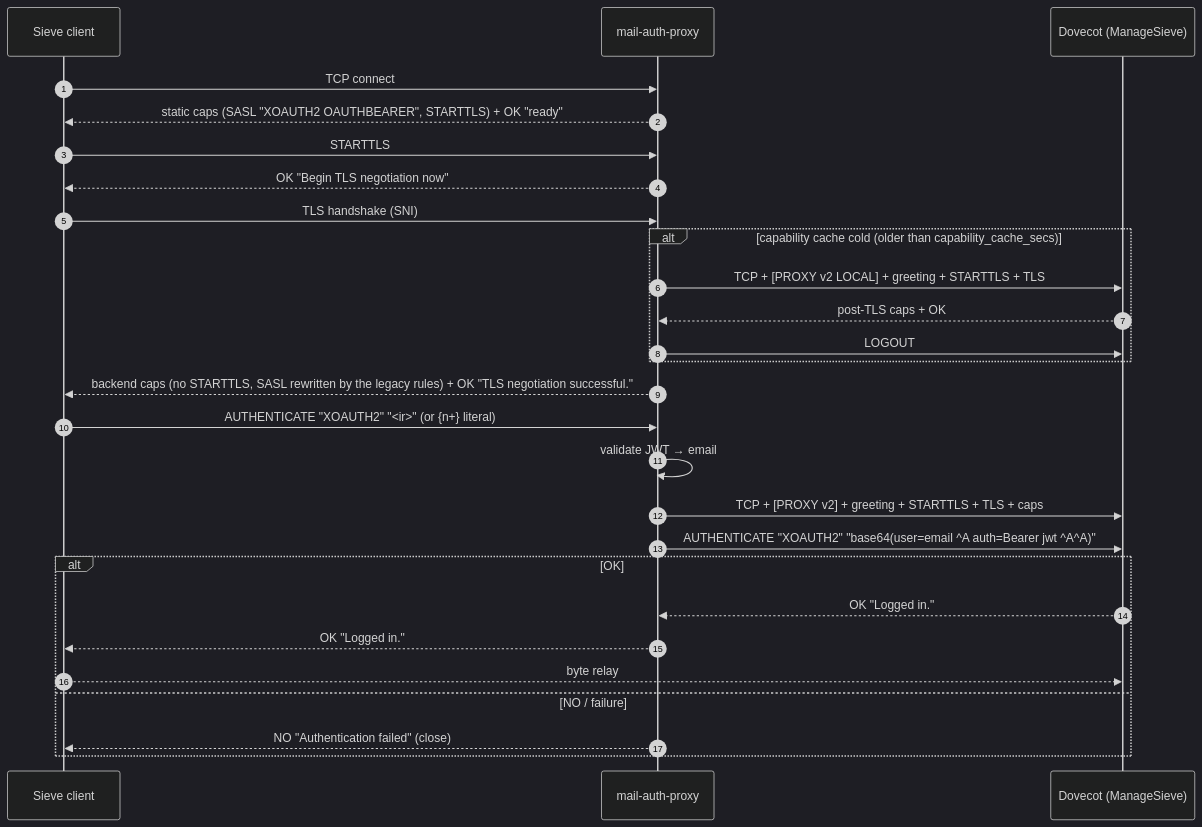
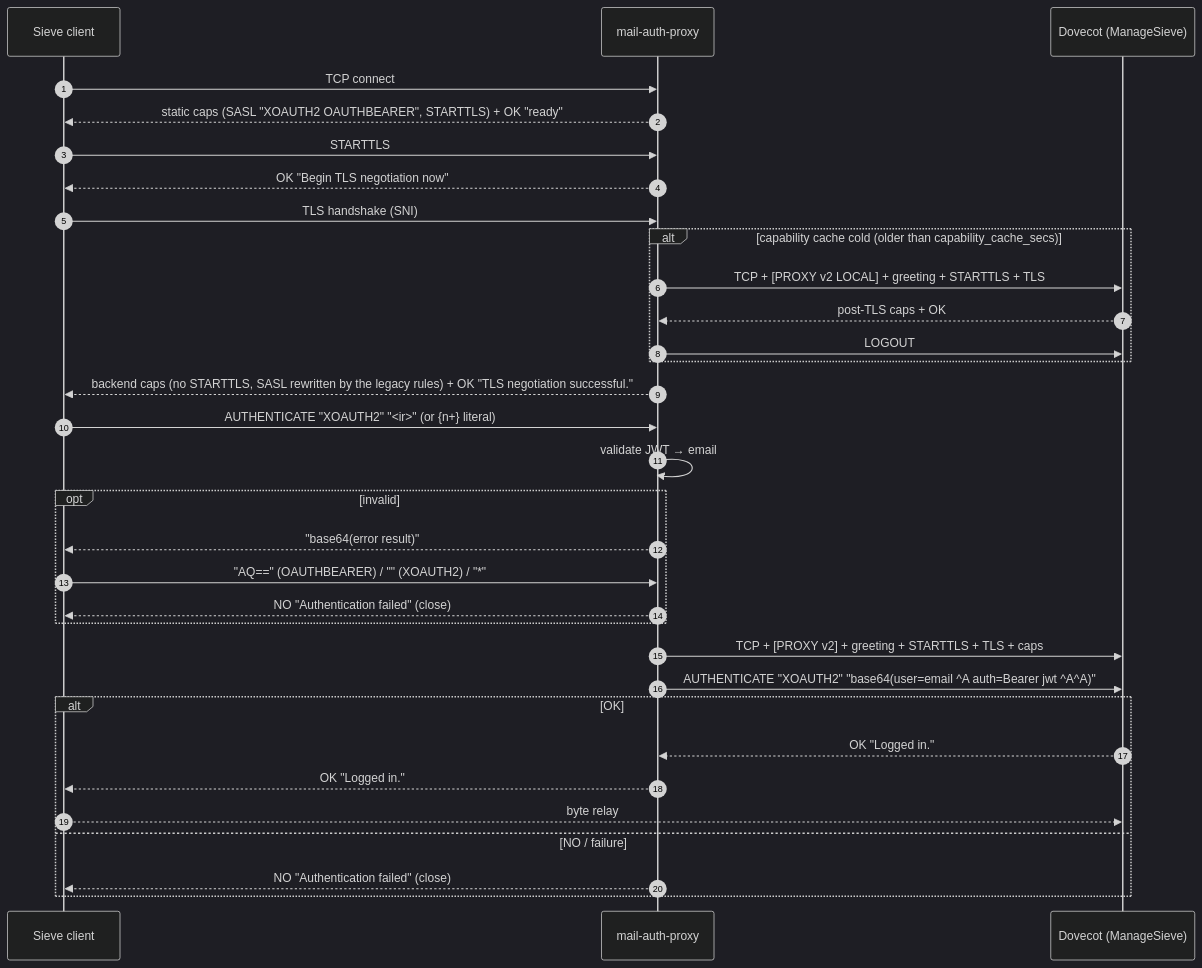
The third of 3 diagrams in docs/protocols.md (NK-IT-CLOUD/mail-auth-proxy), drawn with Mermaid (dark theme) before and after one commit. The commit also changed other lines of this file and 17 other files, not shown here.

First line of the commit message:
feat(auth): answer a rejected token with the RFC 7628 error result

````diff
--- a/docs/protocols.md
+++ b/docs/protocols.md
@@ -279,29 +286,34 @@
 ```mermaid
 sequenceDiagram
     autonumber
     participant C as Sieve client
     participant P as mail-auth-proxy
     participant B as Dovecot (ManageSieve)
     C->>P: TCP connect
     P-->>C: static caps (SASL "XOAUTH2 OAUTHBEARER", STARTTLS) + OK "ready"
     C->>P: STARTTLS
     P-->>C: OK "Begin TLS negotiation now"
     C->>P: TLS handshake (SNI)
     alt capability cache cold (older than capability_cache_secs)
         P->>B: TCP + [PROXY v2 LOCAL] + greeting + STARTTLS + TLS
         B-->>P: post-TLS caps + OK
         P->>B: LOGOUT
     end
     P-->>C: backend caps (no STARTTLS, SASL rewritten by the legacy rules) + OK "TLS negotiation successful."
     C->>P: AUTHENTICATE "XOAUTH2" "<ir>"  (or {n+} literal)
     P->>P: validate JWT → email
+    opt invalid
+        P-->>C: "base64(error result)"
+        C->>P: "AQ==" (OAUTHBEARER) / "" (XOAUTH2) / "*"
+        P-->>C: NO "Authentication failed" (close)
+    end
     P->>B: TCP + [PROXY v2] + greeting + STARTTLS + TLS + caps
     P->>B: AUTHENTICATE "XOAUTH2" "base64(user=email ^A auth=Bearer jwt ^A^A)"
     alt OK
         B-->>P: OK "Logged in."
         P-->>C: OK "Logged in."
         C-->>B: byte relay
     else NO / failure
         P-->>C: NO "Authentication failed" (close)
     end
 ```
````
